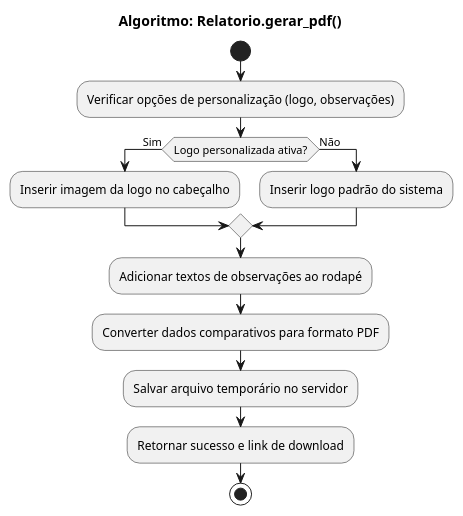
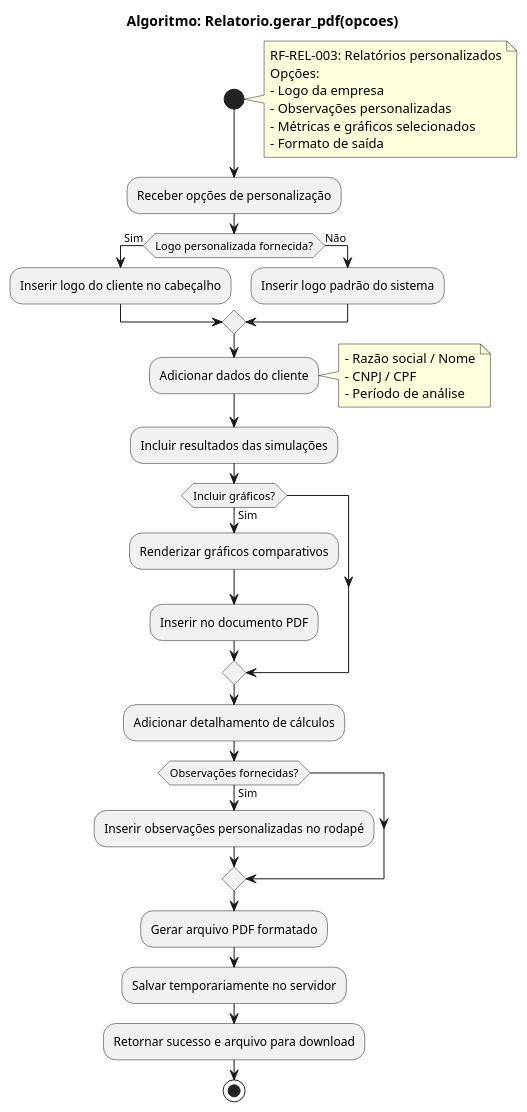
The diagram in specs/diagrams/classes/metodos/relatorio/gerarPdfRelatorio.puml (araujofs/sst), drawn with PlantUML before and after one commit. The commit also changed 6 other files, not shown here.

Commit message:
feat: corrige diagramas de gabriel

```diff
--- a/specs/diagrams/classes/metodos/relatorio/gerarPdfRelatorio.puml
+++ b/specs/diagrams/classes/metodos/relatorio/gerarPdfRelatorio.puml
@@ -1,15 +1,37 @@
 @startuml
-title Algoritmo: Relatorio.gerar_pdf()
+title Algoritmo: Relatorio.gerar_pdf(opcoes)
 start
-:Verificar opções de personalização (logo, observações);
-if (Logo personalizada ativa?) then (Sim)
-    :Inserir imagem da logo no cabeçalho;
+note right
+  RF-REL-003: Relatórios personalizados
+  Opções:
+  - Logo da empresa
+  - Observações personalizadas
+  - Métricas e gráficos selecionados
+  - Formato de saída
+end note
+:Receber opções de personalização;
+if (Logo personalizada fornecida?) then (Sim)
+    :Inserir logo do cliente no cabeçalho;
 else (Não)
     :Inserir logo padrão do sistema;
 endif
-:Adicionar textos de observações ao rodapé;
-:Converter dados comparativos para formato PDF;
-:Salvar arquivo temporário no servidor;
-:Retornar sucesso e link de download;
+:Adicionar dados do cliente;
+note right
+  - Razão social / Nome
+  - CNPJ / CPF
+  - Período de análise
+end note
+:Incluir resultados das simulações;
+if (Incluir gráficos?) then (Sim)
+    :Renderizar gráficos comparativos;
+    :Inserir no documento PDF;
+endif
+:Adicionar detalhamento de cálculos;
+if (Observações fornecidas?) then (Sim)
+    :Inserir observações personalizadas no rodapé;
+endif
+:Gerar arquivo PDF formatado;
+:Salvar temporariamente no servidor;
+:Retornar sucesso e arquivo para download;
 stop
 @enduml
```
